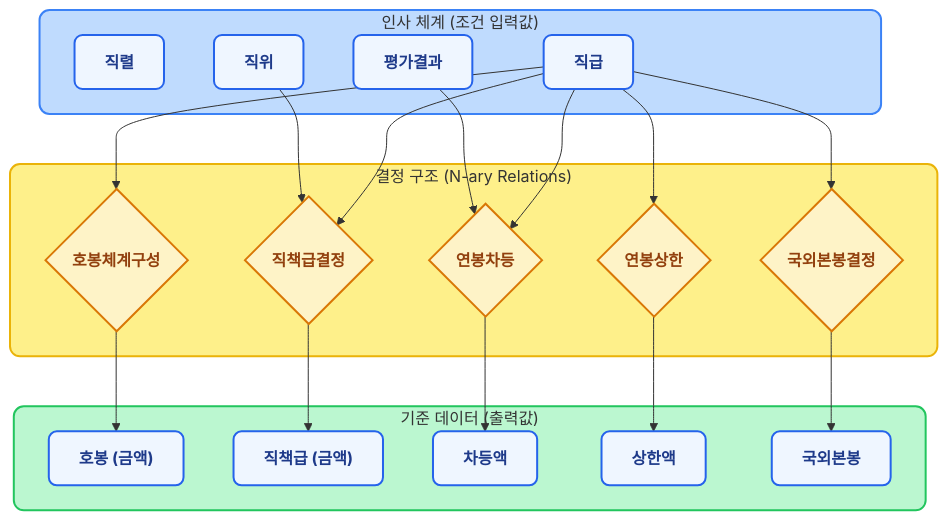
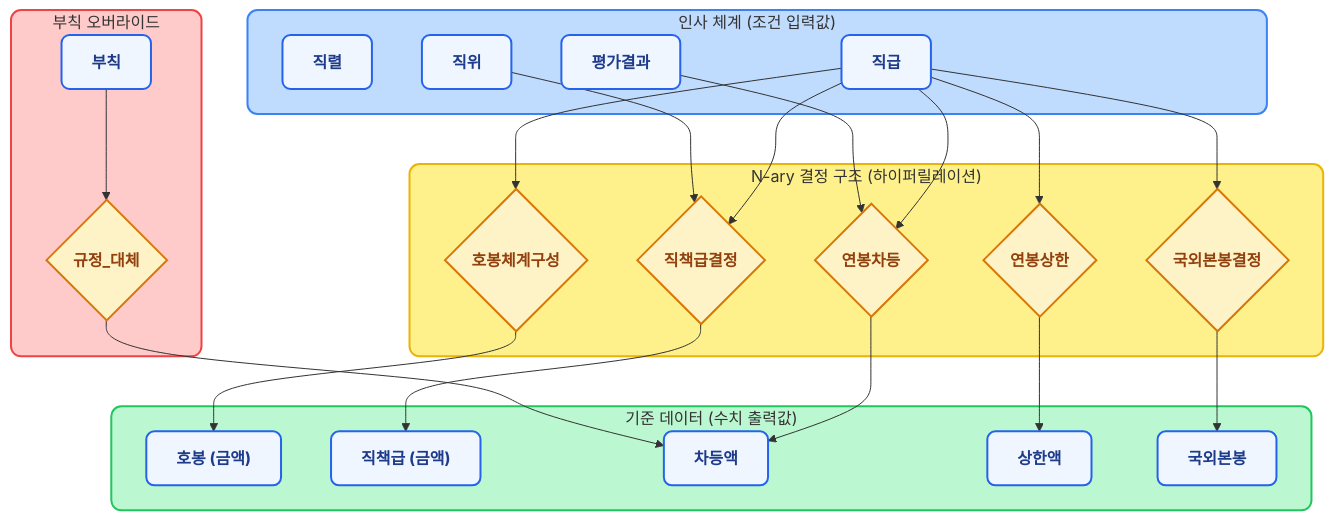
Before and after one commit to shezgone/bok-compensation-regulations: the diagram in README.md, drawn with Mermaid. The commit also changed other lines of this file and 1 other file, not shown here.

First line of the commit message:
docs: README 전면 개편 — TypeDB 하이퍼릴레이션 소개, 파이프라인 구조 반영

````diff
--- a/README.md
+++ b/README.md
@@ -212,40 +172,47 @@
 ```mermaid
 flowchart TD
     classDef entity fill:#EFF6FF,stroke:#2563EB,stroke-width:2px,color:#1E3A8A,font-weight:bold,rx:8,ry:8
     classDef relation fill:#FEF3C7,stroke:#D97706,stroke-width:2px,color:#92400E,font-weight:bold
 
     subgraph 인사체계["인사 체계 (조건 입력값)"]
         직렬["직렬"]:::entity
         직급["직급"]:::entity
         직위["직위"]:::entity
         평가결과["평가결과"]:::entity
     end
 
-    subgraph 결정관계["결정 구조 (N-ary Relations)"]
+    subgraph 결정관계["N-ary 결정 구조 (하이퍼릴레이션)"]
         호봉체계구성{"호봉체계구성"}:::relation
         직책급결정{"직책급결정"}:::relation
         연봉차등{"연봉차등"}:::relation
         연봉상한{"연봉상한"}:::relation
         국외본봉결정{"국외본봉결정"}:::relation
     end
 
-    subgraph 기준데이터["기준 데이터 (출력값)"]
+    subgraph 기준데이터["기준 데이터 (수치 출력값)"]
         호봉["호봉 (금액)"]:::entity
         직책급기준["직책급 (금액)"]:::entity
         차등액기준["차등액"]:::entity
         상한액기준["상한액"]:::entity
         국외본봉기준["국외본봉"]:::entity
+    end
+
+    subgraph 부칙["부칙 오버라이드"]
+        부칙엔티티["부칙"]:::entity
+        규정대체{"규정_대체"}:::relation
     end
 
     직급 --> 호봉체계구성 --> 호봉
     직급 --> 직책급결정
     직위 --> 직책급결정 --> 직책급기준
     직급 --> 연봉차등
     평가결과 --> 연봉차등 --> 차등액기준
     직급 --> 연봉상한 --> 상한액기준
     직급 --> 국외본봉결정 --> 국외본봉기준
+    부칙엔티티 --> 규정대체 --> 차등액기준
 
     style 인사체계 fill:#bfdbfe,stroke:#3b82f6,stroke-width:2px,rx:10,ry:10
     style 결정관계 fill:#fef08a,stroke:#eab308,stroke-width:2px,rx:10,ry:10
     style 기준데이터 fill:#bbf7d0,stroke:#22c55e,stroke-width:2px,rx:10,ry:10
+    style 부칙 fill:#fecaca,stroke:#ef4444,stroke-width:2px,rx:10,ry:10
 ```
````
